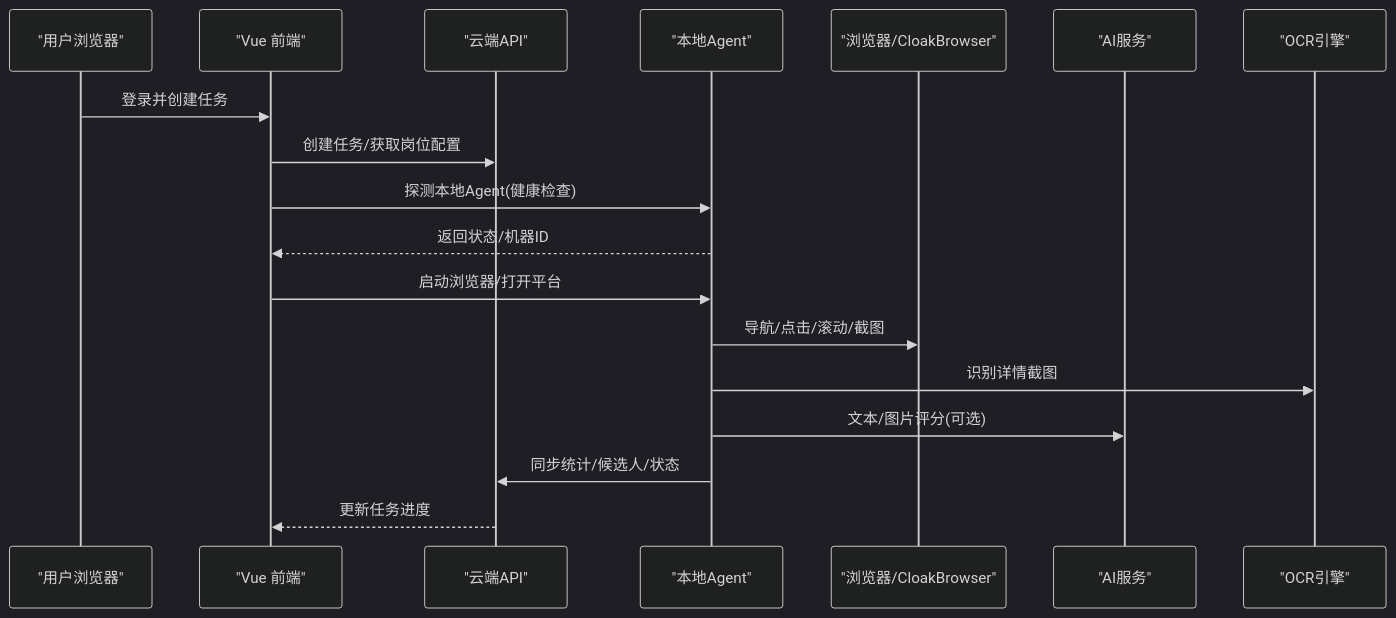
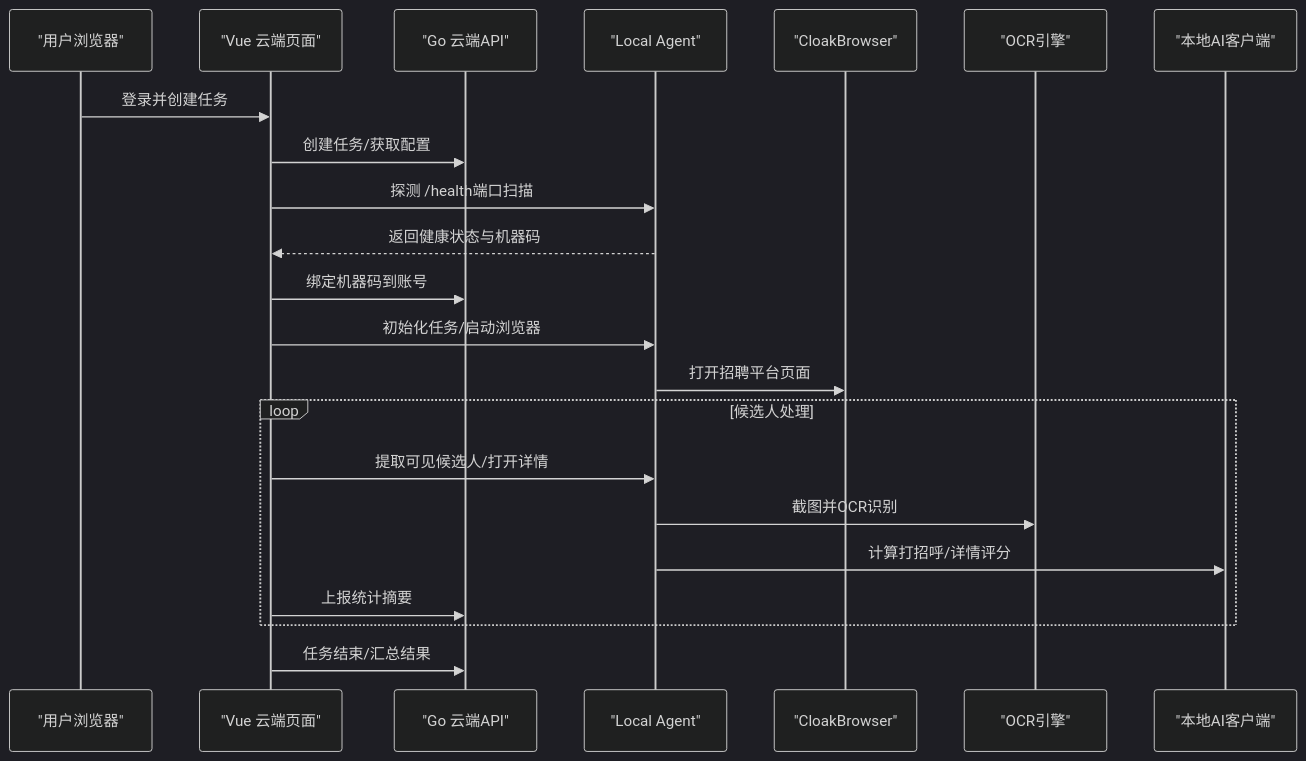
Before and after one commit to alvinwangzi/goodhr: the second of 6 diagrams in .qoder/repowiki/zh/content/系统架构/本地Agent架构/系统集成.md, drawn with Mermaid (dark theme). The commit also changed other lines of this file and 149 other files, not shown here.

````diff
--- a/.qoder/repowiki/zh/content/系统架构/本地Agent架构/系统集成.md
+++ b/.qoder/repowiki/zh/content/系统架构/本地Agent架构/系统集成.md
@@ -89,20 +90,24 @@
 ```mermaid
 sequenceDiagram
 participant U as "用户浏览器"
-participant V as "Vue 前端"
-participant S as "云端API"
-participant L as "本地Agent"
-participant B as "浏览器/CloakBrowser"
-participant AI as "AI服务"
-participant OCR as "OCR引擎"
+participant V as "Vue 云端页面"
+participant S as "Go 云端API"
+participant L as "Local Agent"
+participant B as "CloakBrowser"
+participant O as "OCR引擎"
+participant A as "本地AI客户端"
 U->>V : 登录并创建任务
-V->>S : 创建任务/获取岗位配置
-V->>L : 探测本地Agent(健康检查)
-L-->>V : 返回状态/机器ID
-V->>L : 启动浏览器/打开平台
-L->>B : 导航/点击/滚动/截图
-L->>OCR : 识别详情截图
-L->>AI : 文本/图片评分(可选)
-L->>S : 同步统计/候选人/状态
-S-->>V : 更新任务进度
+V->>S : 创建任务/获取配置
+V->>L : 探测 /health端口扫描
+L-->>V : 返回健康状态与机器码
+V->>S : 绑定机器码到账号
+V->>L : 初始化任务/启动浏览器
+L->>B : 打开招聘平台页面
+loop 候选人处理
+V->>L : 提取可见候选人/打开详情
+L->>O : 截图并OCR识别
+L->>A : 计算打招呼/详情评分
+V->>S : 上报统计摘要
+end
+V->>S : 任务结束/汇总结果
 ```
````
